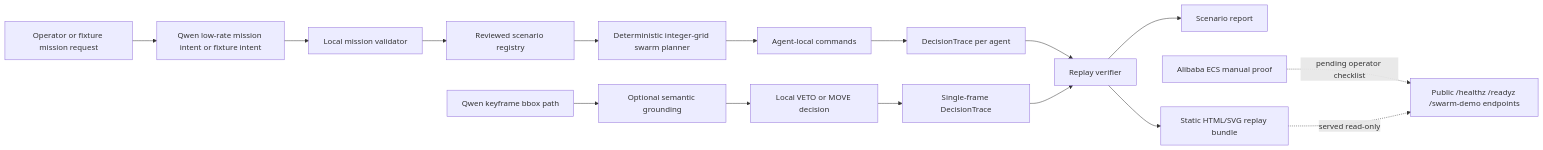
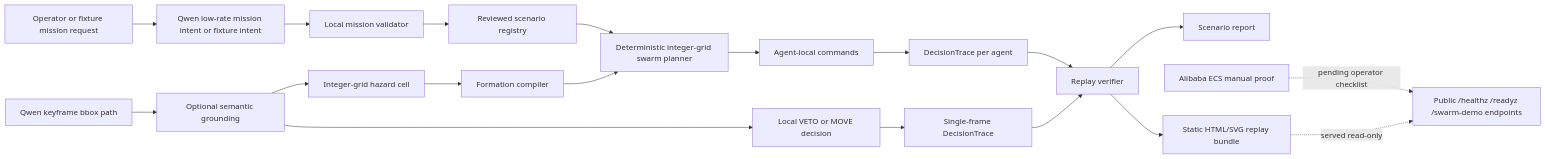
The diagram in docs/submission/architecture.md (omarespejel/accountable-swarm), drawn with Mermaid before and after one commit. The commit also changed other lines of this file and 15 other files, not shown here.

Commit message:
Add hazard formation gate

````diff
--- a/docs/submission/architecture.md
+++ b/docs/submission/architecture.md
@@ -17,20 +17,24 @@
 ```mermaid
 flowchart LR
     A["Operator or fixture mission request"] --> B["Qwen low-rate mission intent or fixture intent"]
     B --> C["Local mission validator"]
     C --> D["Reviewed scenario registry"]
     D --> E["Deterministic integer-grid swarm planner"]
     E --> F["Agent-local commands"]
     F --> G["DecisionTrace per agent"]
     G --> H["Replay verifier"]
     H --> I["Scenario report"]
     H --> J["Static HTML/SVG replay bundle"]
 
     K["Qwen keyframe bbox path"] --> L["Optional semantic grounding"]
     L --> M["Local VETO or MOVE decision"]
     M --> N["Single-frame DecisionTrace"]
     N --> H
 
+    L --> Q["Integer-grid hazard cell"]
+    Q --> R["Formation compiler"]
+    R --> E
+
     O["Alibaba ECS manual proof"] -. "pending operator checklist" .-> P["Public /healthz /readyz /swarm-demo endpoints"]
     J -. "served read-only" .-> P
 ```
````
